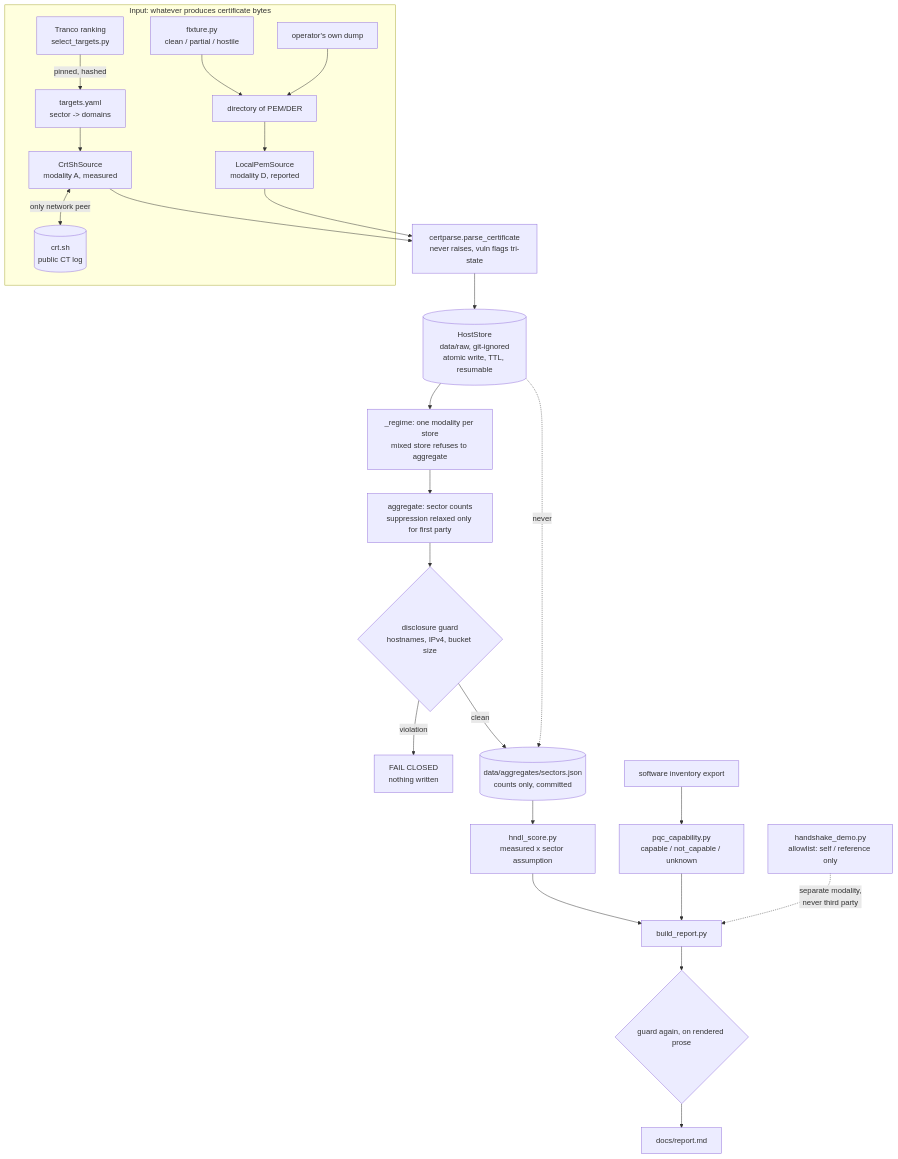
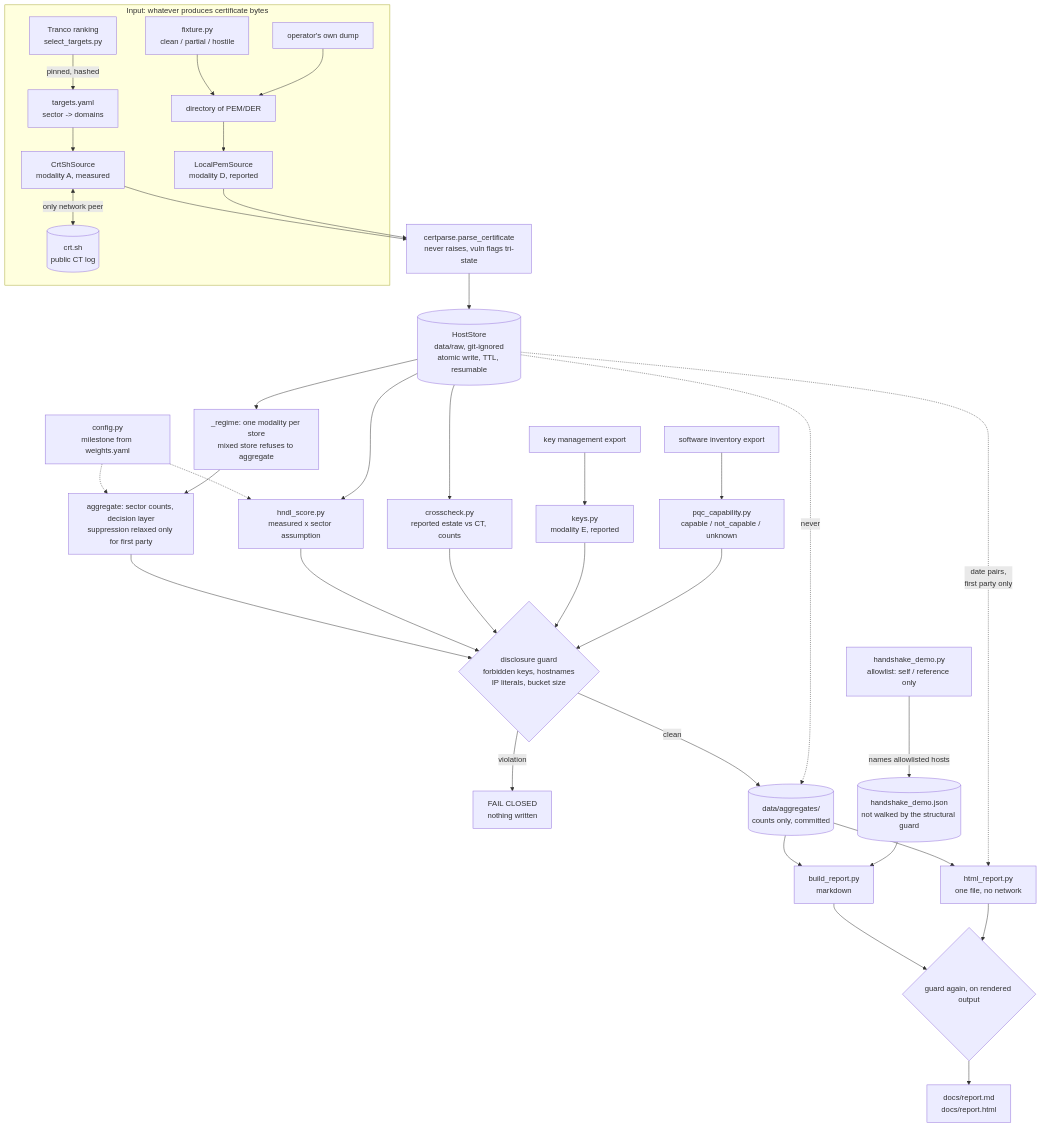
One commit to jerzy99jerzy/pqc-crypto-agility-assessment changed the diagram in docs/ARCHITECTURE.md. Above: the diagram before and after it, drawn with Mermaid. The commit also changed other lines of this file and 16 other files, not shown here.

````diff
--- a/docs/ARCHITECTURE.md
+++ b/docs/ARCHITECTURE.md
@@ -20,33 +22,46 @@
 ```mermaid
 flowchart TD
     subgraph IN["Input: whatever produces certificate bytes"]
         RANK["Tranco ranking<br/>select_targets.py"] -->|"pinned, hashed"| TGT["targets.yaml<br/>sector -> domains"]
         TGT --> CTS["CrtShSource<br/>modality A, measured"]
         CTS <-->|"only network peer"| CT[("crt.sh<br/>public CT log")]
         FIX["fixture.py<br/>clean / partial / hostile"] --> DIR["directory of PEM/DER"]
         OWN["operator's own dump"] --> DIR
         DIR --> PEM["LocalPemSource<br/>modality D, reported"]
     end
 
     CTS --> PARSE
     PEM --> PARSE["certparse.parse_certificate<br/>never raises, vuln flags tri-state"]
-
     PARSE --> STORE[("HostStore<br/>data/raw, git-ignored<br/>atomic write, TTL, resumable")]
 
+    CFG["config.py<br/>milestone from weights.yaml"] -.-> AGG
+    CFG -.-> SCORE
+
     STORE --> REG["_regime: one modality per store<br/>mixed store refuses to aggregate"]
-    REG --> AGG["aggregate: sector counts<br/>suppression relaxed only for first party"]
+    REG --> AGG["aggregate: sector counts, decision layer<br/>suppression relaxed only for first party"]
+    STORE --> SCORE["hndl_score.py<br/>measured x sector assumption"]
+    STORE --> XC["crosscheck.py<br/>reported estate vs CT, counts"]
 
-    AGG --> GUARD{"disclosure guard<br/>hostnames, IPv4, bucket size"}
+    KMS["key management export"] --> KEYS["keys.py<br/>modality E, reported"]
+    INV["software inventory export"] --> CAP["pqc_capability.py<br/>capable / not_capable / unknown"]
+
+    AGG --> GUARD{"disclosure guard<br/>forbidden keys, hostnames<br/>IP literals, bucket size"}
+    SCORE --> GUARD
+    XC --> GUARD
+    KEYS --> GUARD
+    CAP --> GUARD
     GUARD -->|"violation"| STOP["FAIL CLOSED<br/>nothing written"]
-    GUARD -->|"clean"| OUT[("data/aggregates/sectors.json<br/>counts only, committed")]
+    GUARD -->|"clean"| OUT[("data/aggregates/<br/>counts only, committed")]
 
-    OUT --> SCORE["hndl_score.py<br/>measured x sector assumption"]
-    INV["software inventory export"] --> CAP["pqc_capability.py<br/>capable / not_capable / unknown"]
-    SCORE --> REP["build_report.py"]
-    CAP --> REP
-    REP --> GUARD2{"guard again, on rendered prose"}
-    GUARD2 --> DOC["docs/report.md"]
+    ACT["handshake_demo.py<br/>allowlist: self / reference only"] -->|"names allowlisted hosts"| HSJ[("handshake_demo.json<br/>not walked by the structural guard")]
+
+    OUT --> REP["build_report.py<br/>markdown"]
+    HSJ --> REP
+    OUT --> HTML["html_report.py<br/>one file, no network"]
+    STORE -.->|"date pairs,<br/>first party only"| HTML
+    REP --> GUARD2{"guard again, on rendered output"}
+    HTML --> GUARD2
+    GUARD2 --> DOC["docs/report.md<br/>docs/report.html"]
 
     STORE -.->|"never"| OUT
-    ACT["handshake_demo.py<br/>allowlist: self / reference only"] -.->|"separate modality,<br/>never third party"| REP
 ```
````
